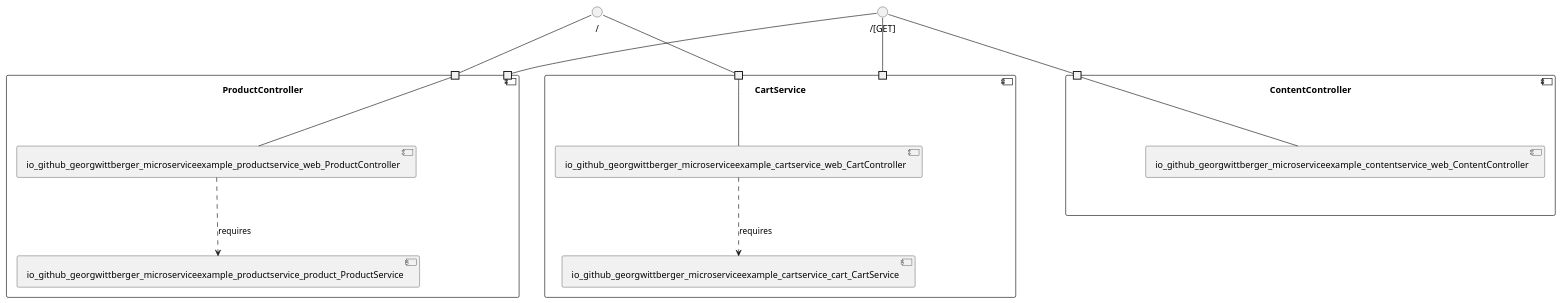
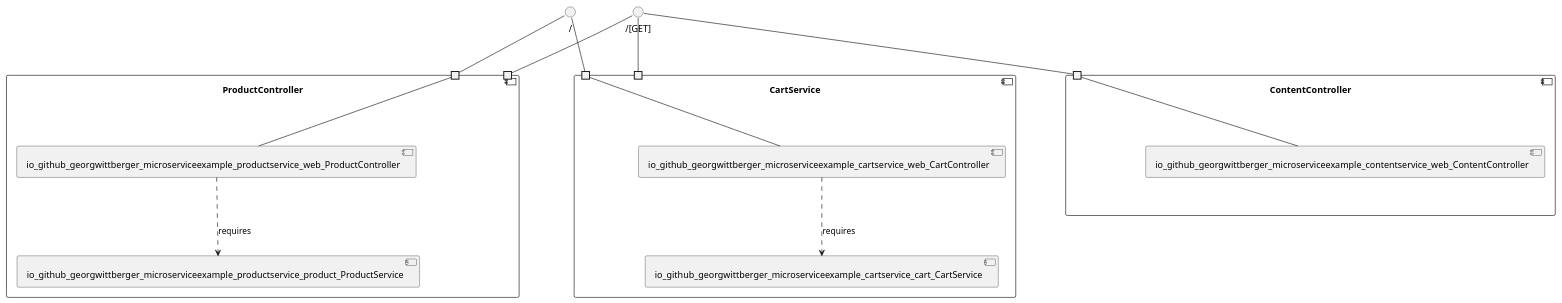
The diagram in georgwittberger-example/model_re/uml/componentDiagram.puml (View-Based-Reverse-Engineering/Retriever-Benchmark), drawn with PlantUML before and after one commit. The commit also changed other lines of this file and 131 other files, not shown here.

```diff
--- a/georgwittberger-example/model_re/uml/componentDiagram.puml
+++ b/georgwittberger-example/model_re/uml/componentDiagram.puml
@@ -1,35 +1,35 @@
 @startuml
 skinparam fixCircleLabelOverlapping true
 component "CartService\n\n\n\n\n\n" {
 [io_github_georgwittberger_microserviceexample_cartservice_cart_CartService]
 [io_github_georgwittberger_microserviceexample_cartservice_web_CartController]
+portin " " as CartService.requires.__GET_
 portin " " as CartService.requires._
-portin " " as CartService.requires.__GET_
 [io_github_georgwittberger_microserviceexample_cartservice_web_CartController]..>[io_github_georgwittberger_microserviceexample_cartservice_cart_CartService] : requires
 "CartService.requires._"--[io_github_georgwittberger_microserviceexample_cartservice_web_CartController]
 }
+interface "/" as interface._
+interface._--"CartService.requires._"
 interface "/[GET]" as interface.__GET_
 interface.__GET_--"CartService.requires.__GET_"
-interface "/" as interface._
-interface._--"CartService.requires._"
 component "ContentController\n\n\n\n\n\n" {
 [io_github_georgwittberger_microserviceexample_contentservice_web_ContentController]
 portin " " as ContentController.requires.__GET_
 "ContentController.requires.__GET_"--[io_github_georgwittberger_microserviceexample_contentservice_web_ContentController]
 }
 interface "/[GET]" as interface.__GET_
 interface.__GET_--"ContentController.requires.__GET_"
 component "ProductController\n\n\n\n\n\n" {
 [io_github_georgwittberger_microserviceexample_productservice_product_ProductService]
 [io_github_georgwittberger_microserviceexample_productservice_web_ProductController]
 portin " " as ProductController.requires._
 portin " " as ProductController.requires.__GET_
 [io_github_georgwittberger_microserviceexample_productservice_web_ProductController]..>[io_github_georgwittberger_microserviceexample_productservice_product_ProductService] : requires
 "ProductController.requires._"--[io_github_georgwittberger_microserviceexample_productservice_web_ProductController]
 }
 interface "/" as interface._
 interface._--"ProductController.requires._"
 interface "/[GET]" as interface.__GET_
 interface.__GET_--"ProductController.requires.__GET_"
 
 @enduml
```
